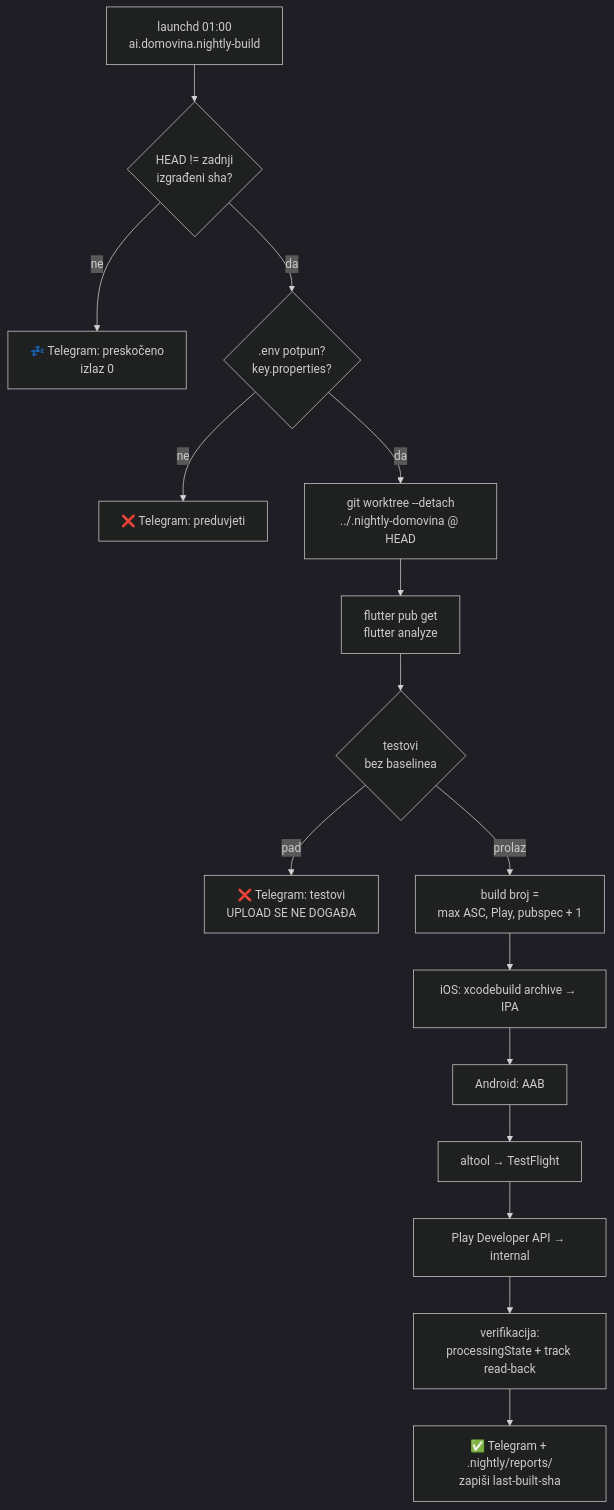
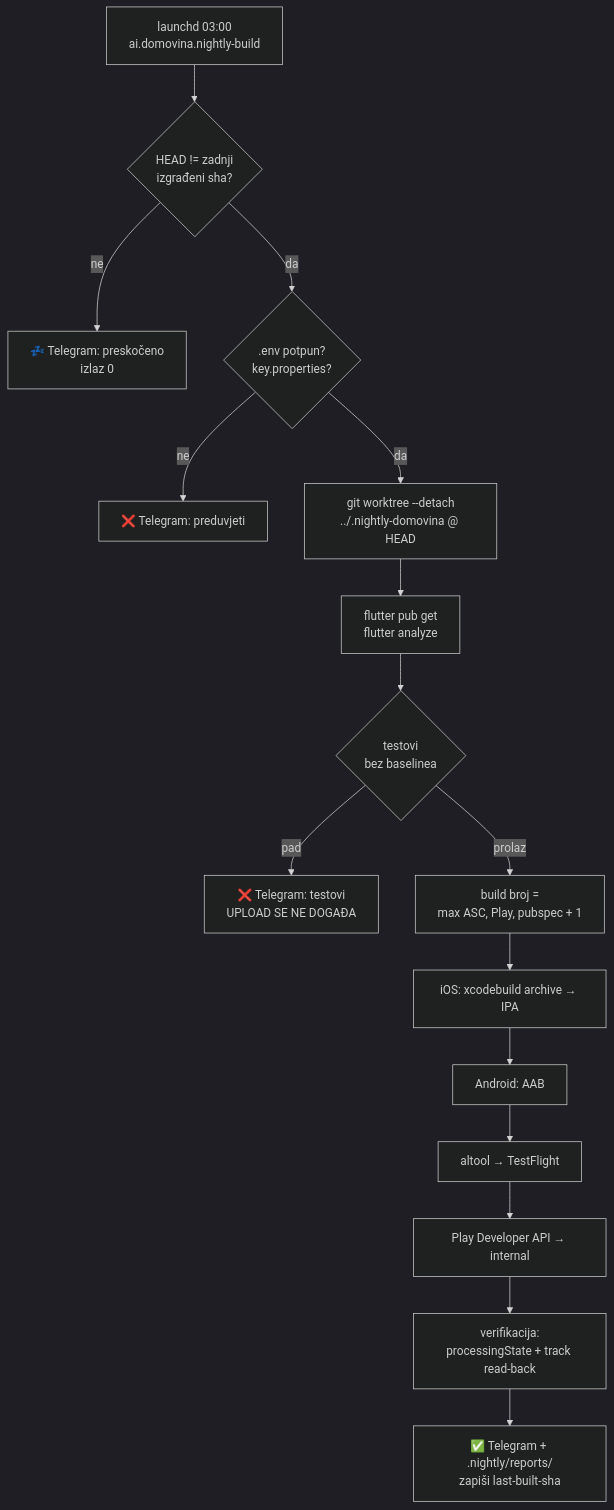
Before and after one commit to domovinatv/ai.domovina.tv: the diagram in docs/nightly-build-pipeline.md, drawn with Mermaid (dark theme). The commit also changed other lines of this file and 3 other files, not shown here.

````diff
--- a/docs/nightly-build-pipeline.md
+++ b/docs/nightly-build-pipeline.md
@@ -11,18 +11,18 @@
 ```mermaid
 flowchart TD
-    L[launchd 01:00<br/>ai.domovina.nightly-build] --> C{HEAD != zadnji<br/>izgrađeni sha?}
+    L[launchd 03:00<br/>ai.domovina.nightly-build] --> C{HEAD != zadnji<br/>izgrađeni sha?}
     C -->|ne| S[💤 Telegram: preskočeno<br/>izlaz 0]
     C -->|da| E{.env potpun?<br/>key.properties?}
     E -->|ne| F[❌ Telegram: preduvjeti]
     E -->|da| W[git worktree --detach<br/>../.nightly-domovina @ HEAD]
     W --> A[flutter pub get<br/>flutter analyze]
     A --> T{testovi<br/>bez baselinea}
     T -->|pad| F2[❌ Telegram: testovi<br/>UPLOAD SE NE DOGAĐA]
     T -->|prolaz| B[build broj =<br/>max ASC, Play, pubspec + 1]
     B --> I[iOS: xcodebuild archive → IPA]
     I --> D[Android: AAB]
     D --> U1[altool → TestFlight]
     U1 --> U2[Play Developer API → internal]
     U2 --> V[verifikacija:<br/>processingState + track read-back]
     V --> R[✅ Telegram + .nightly/reports/<br/>zapiši last-built-sha]
 ```
````
